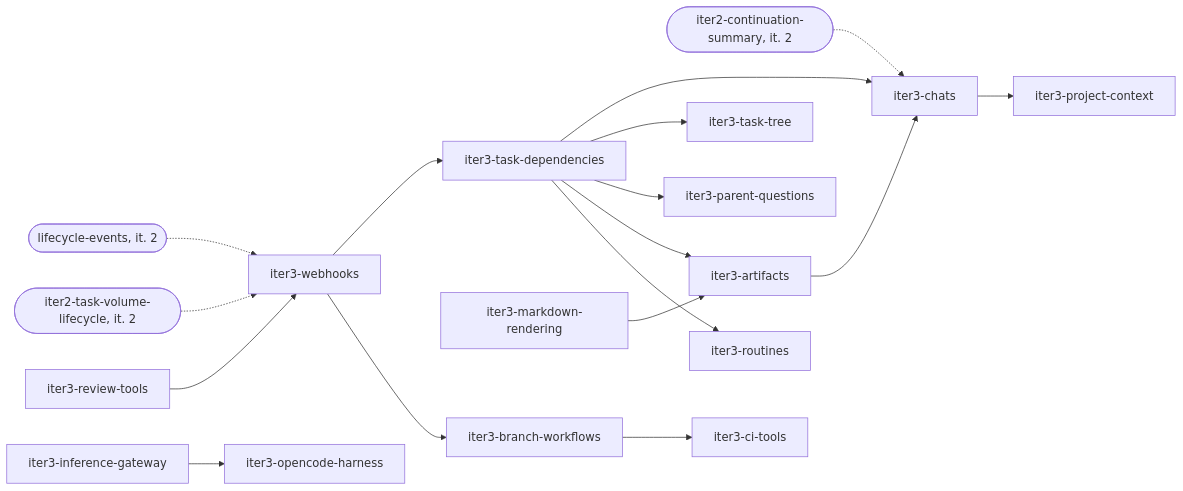
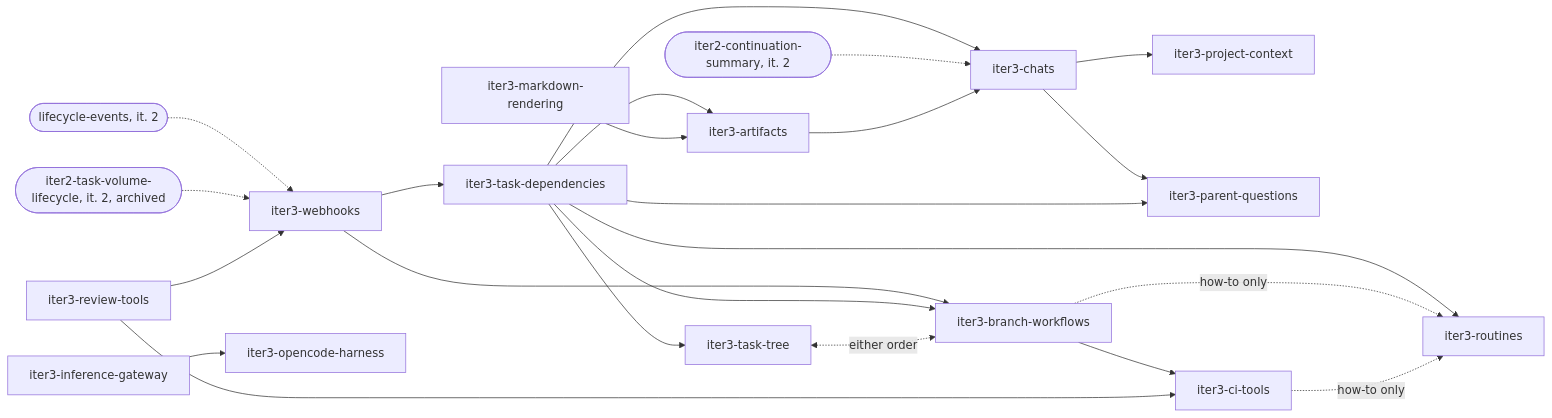
The diagram in product/iterations/iteration-3.md (prskr/dark-factory), drawn with Mermaid before and after one commit. The commit also changed other lines of this file, not shown here.

Commit message:
docs(iteration-3): bring the change dependency graph in line with the proposals
Claude-Session: https://claude.ai/code/session_01S45yCtVvXUMi6vXvTpNnSk

````diff
--- a/product/iterations/iteration-3.md
+++ b/product/iterations/iteration-3.md
@@ -35,19 +35,25 @@
 ```mermaid
 flowchart LR
   LE([lifecycle-events, it. 2]) -.-> WH
-  TV([iter2-task-volume-lifecycle, it. 2]) -.-> WH
+  TV([iter2-task-volume-lifecycle, it. 2, archived]) -.-> WH
   RT[iter3-review-tools] --> WH[iter3-webhooks]
   WH --> TD[iter3-task-dependencies]
   TD --> CH[iter3-chats]
   CS([iter2-continuation-summary, it. 2]) -.-> CH
   CH --> PC[iter3-project-context]
+  CH --> PQ[iter3-parent-questions]
+  TD --> PQ
   TD --> TT[iter3-task-tree]
-  TD --> PQ[iter3-parent-questions]
   TD --> AR[iter3-artifacts]
   AR --> CH
   MR[iter3-markdown-rendering] --> AR
   WH --> BW[iter3-branch-workflows]
+  TD --> BW
   BW --> CI[iter3-ci-tools]
+  RT --> CI
   TD --> RO[iter3-routines]
+  BW -.->|how-to only| RO
+  CI -.->|how-to only| RO
+  TT <-.->|either order| BW
   IG[iter3-inference-gateway] --> OC[iter3-opencode-harness]
 ```
````
